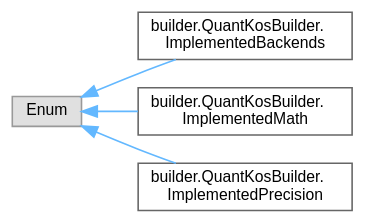
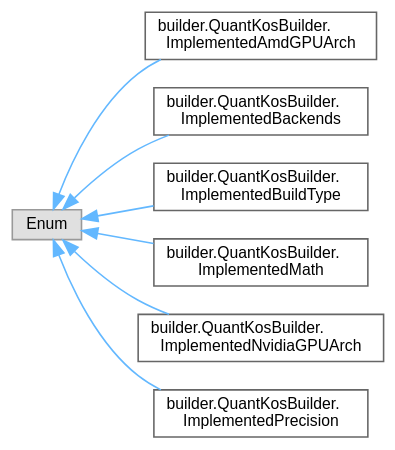
One commit to zeno-geddo/QuantKos changed the diagram in dev-zen/inherit_graph_1.dot. Above: the diagram before and after it, drawn with Graphviz. The commit also changed 91 other files, not shown here.

```diff
--- a/dev-zen/inherit_graph_1.dot
+++ b/dev-zen/inherit_graph_1.dot
@@ -1,15 +1,21 @@
 digraph "Graphical Class Hierarchy"
 {
  // LATEX_PDF_SIZE
   bgcolor="transparent";
   edge [fontname=Helvetica,fontsize=10,labelfontname=Helvetica,labelfontsize=10];
   node [fontname=Helvetica,fontsize=10,shape=box,height=0.2,width=0.4];
   rankdir="LR";
   Node0 [id="Node000000",label="Enum",height=0.2,width=0.4,color="grey60", fillcolor="#E0E0E0", style="filled",tooltip=" "];
   Node0 -> Node1 [id="edge1_Node000000_Node000001",dir="back",color="steelblue1",style="solid",tooltip=" "];
-  Node1 [id="Node000001",label="builder.QuantKosBuilder.\lImplementedBackends",height=0.2,width=0.4,color="grey40", fillcolor="white", style="filled",URL="$classbuilder_1_1QuantKosBuilder_1_1ImplementedBackends.html",tooltip=" "];
+  Node1 [id="Node000001",label="builder.QuantKosBuilder.\lImplementedAmdGPUArch",height=0.2,width=0.4,color="grey40", fillcolor="white", style="filled",URL="$classbuilder_1_1QuantKosBuilder_1_1ImplementedAmdGPUArch.html",tooltip=" "];
   Node0 -> Node2 [id="edge2_Node000000_Node000002",dir="back",color="steelblue1",style="solid",tooltip=" "];
-  Node2 [id="Node000002",label="builder.QuantKosBuilder.\lImplementedMath",height=0.2,width=0.4,color="grey40", fillcolor="white", style="filled",URL="$classbuilder_1_1QuantKosBuilder_1_1ImplementedMath.html",tooltip=" "];
+  Node2 [id="Node000002",label="builder.QuantKosBuilder.\lImplementedBackends",height=0.2,width=0.4,color="grey40", fillcolor="white", style="filled",URL="$classbuilder_1_1QuantKosBuilder_1_1ImplementedBackends.html",tooltip=" "];
   Node0 -> Node3 [id="edge3_Node000000_Node000003",dir="back",color="steelblue1",style="solid",tooltip=" "];
-  Node3 [id="Node000003",label="builder.QuantKosBuilder.\lImplementedPrecision",height=0.2,width=0.4,color="grey40", fillcolor="white", style="filled",URL="$classbuilder_1_1QuantKosBuilder_1_1ImplementedPrecision.html",tooltip=" "];
+  Node3 [id="Node000003",label="builder.QuantKosBuilder.\lImplementedBuildType",height=0.2,width=0.4,color="grey40", fillcolor="white", style="filled",URL="$classbuilder_1_1QuantKosBuilder_1_1ImplementedBuildType.html",tooltip=" "];
+  Node0 -> Node4 [id="edge4_Node000000_Node000004",dir="back",color="steelblue1",style="solid",tooltip=" "];
+  Node4 [id="Node000004",label="builder.QuantKosBuilder.\lImplementedMath",height=0.2,width=0.4,color="grey40", fillcolor="white", style="filled",URL="$classbuilder_1_1QuantKosBuilder_1_1ImplementedMath.html",tooltip=" "];
+  Node0 -> Node5 [id="edge5_Node000000_Node000005",dir="back",color="steelblue1",style="solid",tooltip=" "];
+  Node5 [id="Node000005",label="builder.QuantKosBuilder.\lImplementedNvidiaGPUArch",height=0.2,width=0.4,color="grey40", fillcolor="white", style="filled",URL="$classbuilder_1_1QuantKosBuilder_1_1ImplementedNvidiaGPUArch.html",tooltip=" "];
+  Node0 -> Node6 [id="edge6_Node000000_Node000006",dir="back",color="steelblue1",style="solid",tooltip=" "];
+  Node6 [id="Node000006",label="builder.QuantKosBuilder.\lImplementedPrecision",height=0.2,width=0.4,color="grey40", fillcolor="white", style="filled",URL="$classbuilder_1_1QuantKosBuilder_1_1ImplementedPrecision.html",tooltip=" "];
 }
```
